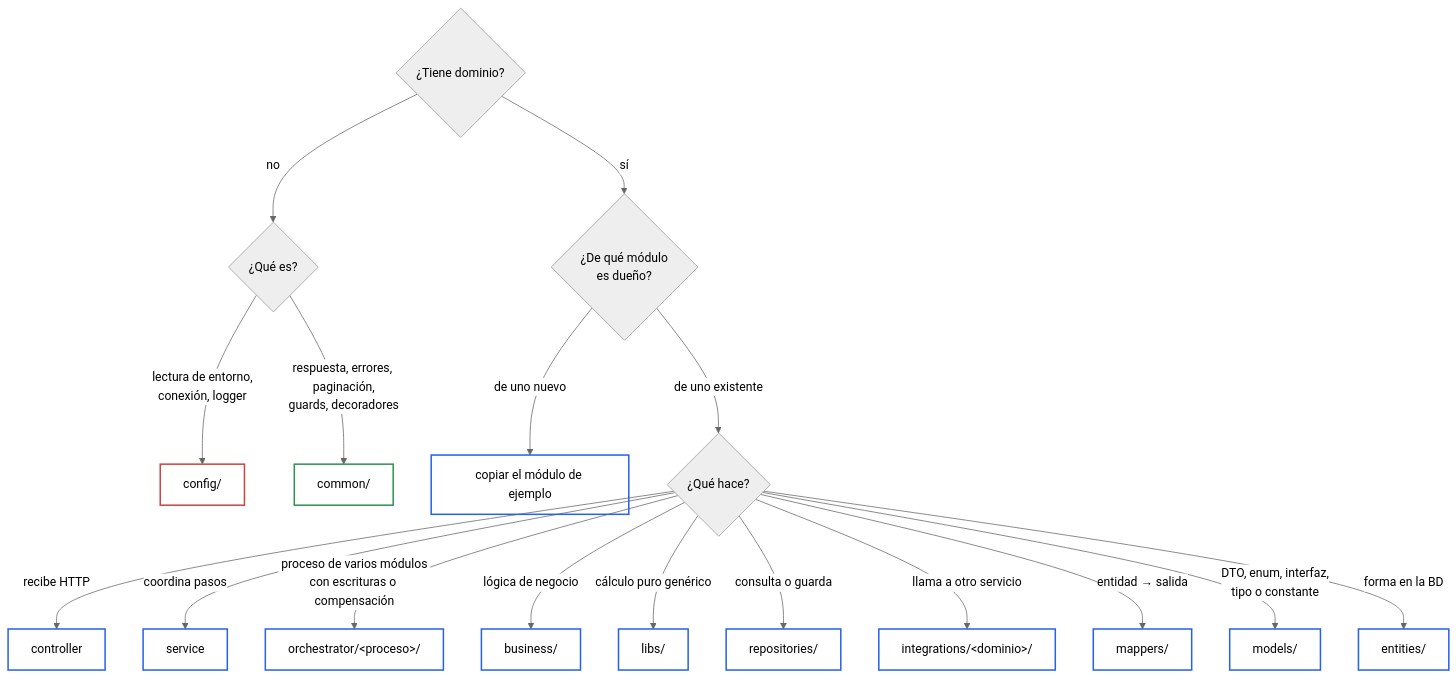
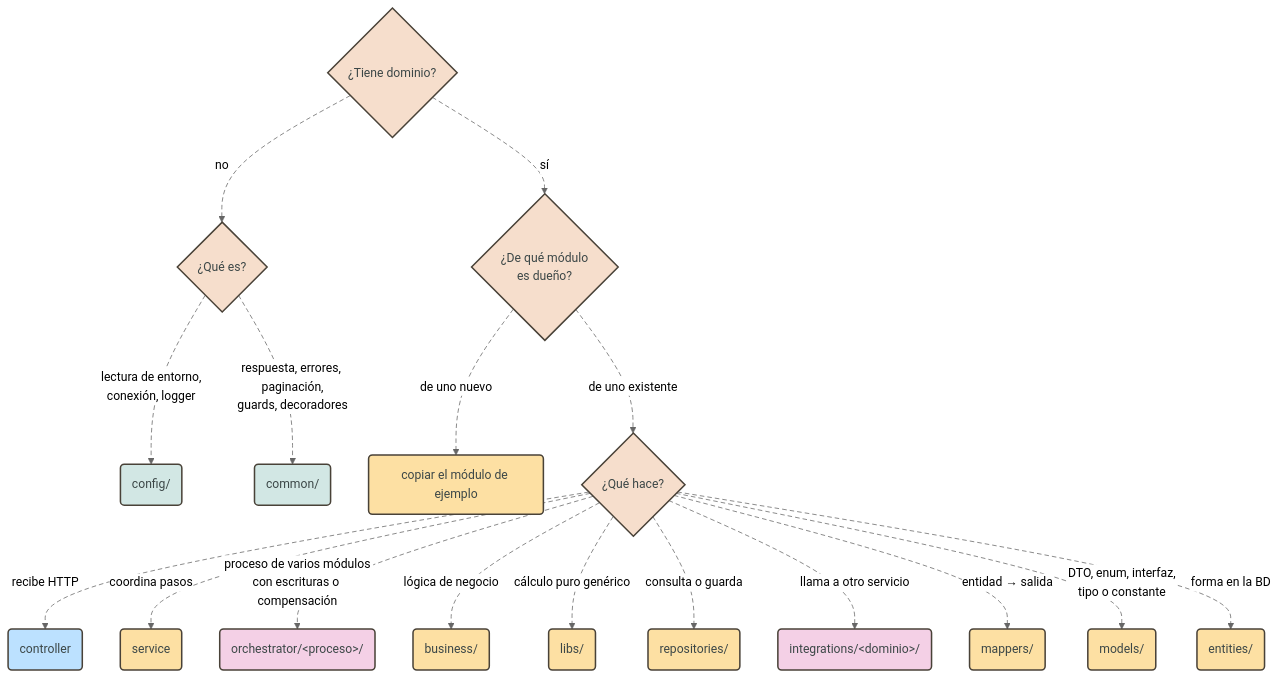
Before and after one commit to pcarroza91/nest-template: diagram 15 of 15 in docs/architecture/modular-microservice.md, drawn with Mermaid (neutral theme). The commit also changed other lines of this file and 2 other files, not shown here.

First line of the commit message:
docs(architecture): aplica el estilo pastel por rol a los diagramas Mermaid

````diff
--- a/docs/architecture/modular-microservice.md
+++ b/docs/architecture/modular-microservice.md
@@ -951,27 +949,32 @@
 ```mermaid
 flowchart TB
     Q{"¿Tiene dominio?"}
     Q -- "no" --> T{"¿Qué es?"}
-    T -- "lectura de entorno,<br/>conexión, logger" --> CFG["config/"]
-    T -- "respuesta, errores, paginación,<br/>guards, decoradores" --> COM["common/"]
+    T -- "lectura de entorno,<br/>conexión, logger" --> CFG("config/")
+    T -- "respuesta, errores, paginación,<br/>guards, decoradores" --> COM("common/")
     Q -- "sí" --> O{"¿De qué módulo<br/>es dueño?"}
-    O -- "de uno nuevo" --> NEW["copiar el módulo de ejemplo"]
+    O -- "de uno nuevo" --> NEW("copiar el módulo de ejemplo")
     O -- "de uno existente" --> K{"¿Qué hace?"}
-    K -- "recibe HTTP" --> CT["controller"]
-    K -- "coordina pasos" --> SV["service"]
-    K -- "proceso de varios módulos<br/>con escrituras o compensación" --> OC["orchestrator/&lt;proceso&gt;/"]
-    K -- "lógica de negocio" --> BZ["business/"]
-    K -- "cálculo puro genérico" --> LB["libs/"]
-    K -- "consulta o guarda" --> RP["repositories/"]
-    K -- "llama a otro servicio" --> OR["integrations/&lt;dominio&gt;/"]
-    K -- "entidad → salida" --> MP["mappers/"]
-    K -- "DTO, enum, interfaz,<br/>tipo o constante" --> DT["models/"]
-    K -- "forma en la BD" --> EN["entities/"]
+    K -- "recibe HTTP" --> CT("controller")
+    K -- "coordina pasos" --> SV("service")
+    K -- "proceso de varios módulos<br/>con escrituras o compensación" --> OC("orchestrator/&lt;proceso&gt;/")
+    K -- "lógica de negocio" --> BZ("business/")
+    K -- "cálculo puro genérico" --> LB("libs/")
+    K -- "consulta o guarda" --> RP("repositories/")
+    K -- "llama a otro servicio" --> OR("integrations/&lt;dominio&gt;/")
+    K -- "entidad → salida" --> MP("mappers/")
+    K -- "DTO, enum, interfaz,<br/>tipo o constante" --> DT("models/")
+    K -- "forma en la BD" --> EN("entities/")
 
-    classDef shared fill:transparent,stroke:#2f9254,stroke-width:2px
-    classDef core fill:transparent,stroke:#d14343,stroke-width:2px
-    classDef feature fill:transparent,stroke:#2563eb,stroke-width:2px
-    class COM shared
-    class CFG core
-    class NEW,CT,SV,BZ,LB,RP,MP,DT,EN,OR,OC feature
+    classDef entry fill:#bce1ff,stroke:#494238,stroke-width:2px,color:#3c4747
+    classDef domain fill:#fde0a3,stroke:#494238,stroke-width:2px,color:#3c4747
+    classDef flow fill:#f4d0e6,stroke:#494238,stroke-width:2px,color:#3c4747
+    classDef shared fill:#d2e7e4,stroke:#494238,stroke-width:2px,color:#3c4747
+    class CT entry
+    class NEW,SV,BZ,LB,RP,MP,DT,EN domain
+    class OC,OR flow
+    class CFG,COM shared
+    classDef decision fill:#f6decc,stroke:#494238,stroke-width:2px,color:#3c4747
+    class Q,T,O,K decision
+    linkStyle default stroke-dasharray:6 4
 ```
````
